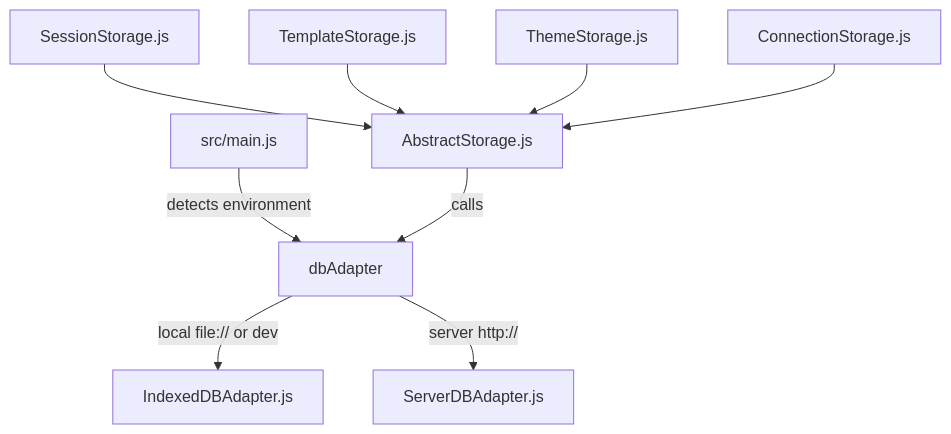
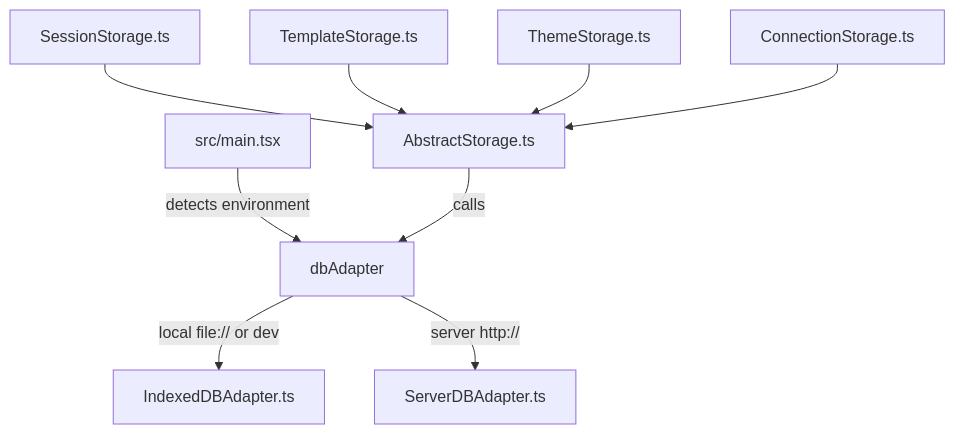
Before and after one commit to LordFoogThe4rd/miyapad: the diagram in docs/architecture.md, drawn with Mermaid. The commit also changed other lines of this file and 203 other files, not shown here.

````diff
--- a/docs/architecture.md
+++ b/docs/architecture.md
@@ -7,11 +7,11 @@
 ```mermaid
 graph TD
-    App[src/main.js] -->|detects environment| DBAdapter[dbAdapter]
-    DBAdapter -->|local file:// or dev| IndexedDBAdapter[IndexedDBAdapter.js]
-    DBAdapter -->|server http://| ServerDBAdapter[ServerDBAdapter.js]
-    SessionStorage[SessionStorage.js] --> AbstractStorage[AbstractStorage.js]
-    TemplateStorage[TemplateStorage.js] --> AbstractStorage
-    ThemeStorage[ThemeStorage.js] --> AbstractStorage
-    ConnectionStorage[ConnectionStorage.js] --> AbstractStorage
+    App[src/main.tsx] -->|detects environment| DBAdapter[dbAdapter]
+    DBAdapter -->|local file:// or dev| IndexedDBAdapter[IndexedDBAdapter.ts]
+    DBAdapter -->|server http://| ServerDBAdapter[ServerDBAdapter.ts]
+    SessionStorage[SessionStorage.ts] --> AbstractStorage[AbstractStorage.ts]
+    TemplateStorage[TemplateStorage.ts] --> AbstractStorage
+    ThemeStorage[ThemeStorage.ts] --> AbstractStorage
+    ConnectionStorage[ConnectionStorage.ts] --> AbstractStorage
     AbstractStorage -->|calls| DBAdapter
 ```
````
